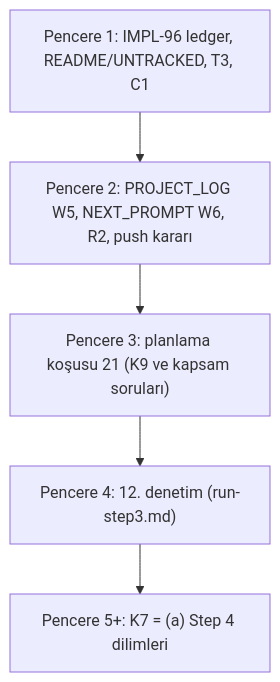
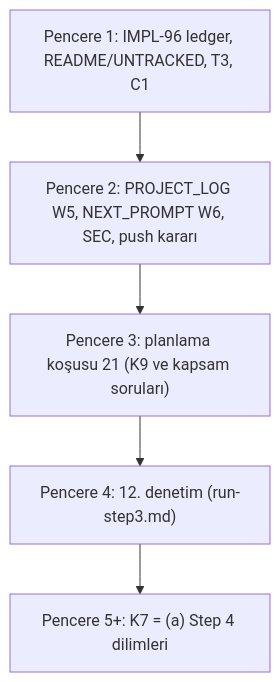
One commit to ahmetxa/ishtar_cam_modes changed the diagram in NEXT_PROMPT.md. Above: the diagram before and after it, drawn with Mermaid. The commit also changed other lines of this file and 2 other files, not shown here.

````diff
--- a/NEXT_PROMPT.md
+++ b/NEXT_PROMPT.md
@@ -98,7 +98,7 @@
 ```mermaid
 flowchart TD
-  P1["Pencere 1: IMPL-96 ledger, README/UNTRACKED, T3, C1"] --> P2["Pencere 2: PROJECT_LOG W5, NEXT_PROMPT W6, R2, push kararı"]
+  P1["Pencere 1: IMPL-96 ledger, README/UNTRACKED, T3, C1"] --> P2["Pencere 2: PROJECT_LOG W5, NEXT_PROMPT W6, SEC, push kararı"]
   P2 --> P3["Pencere 3: planlama koşusu 21 (K9 ve kapsam soruları)"]
   P3 --> P4["Pencere 4: 12. denetim (run-step3.md)"]
   P4 --> P5["Pencere 5+: K7 = (a) Step 4 dilimleri"]
 ```
````
